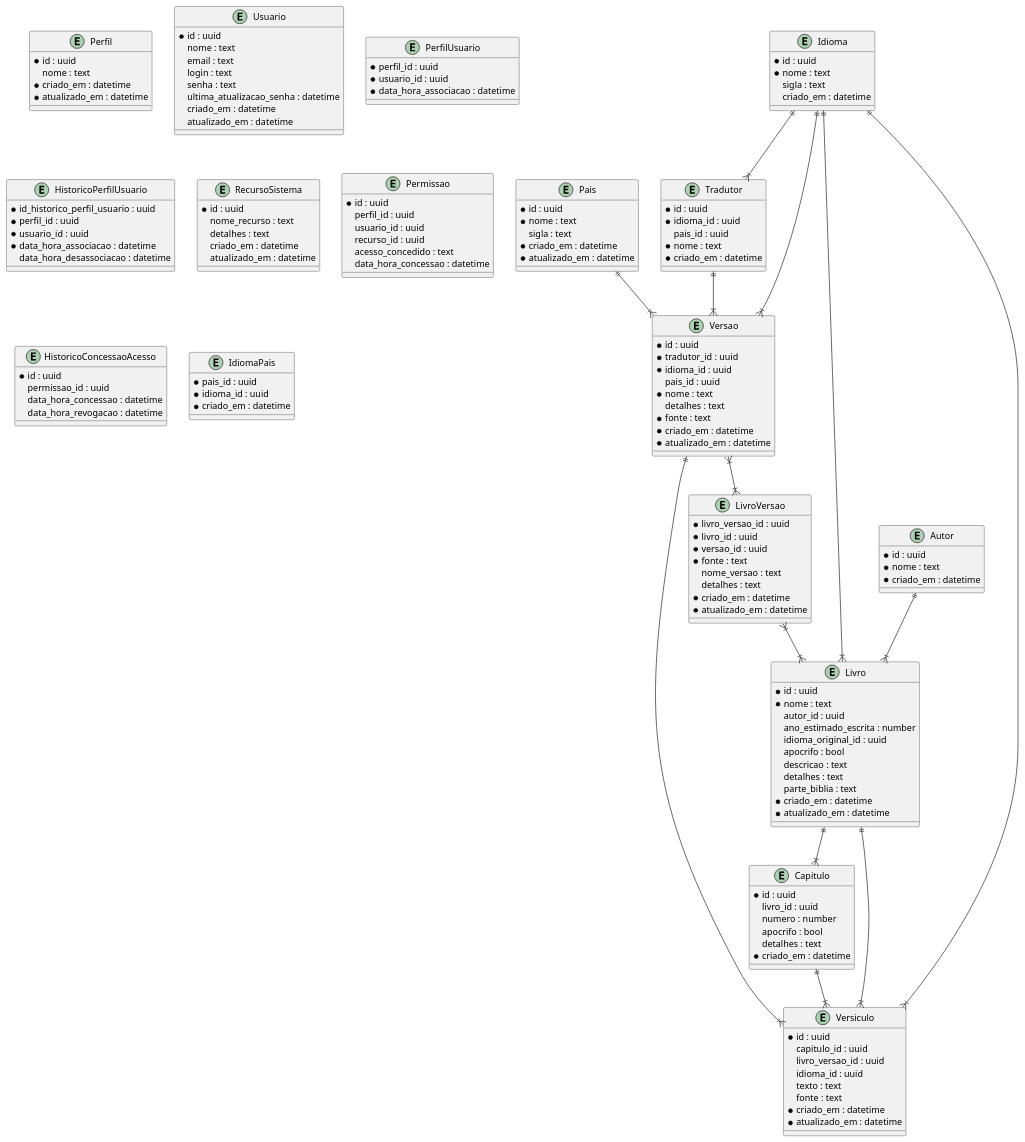
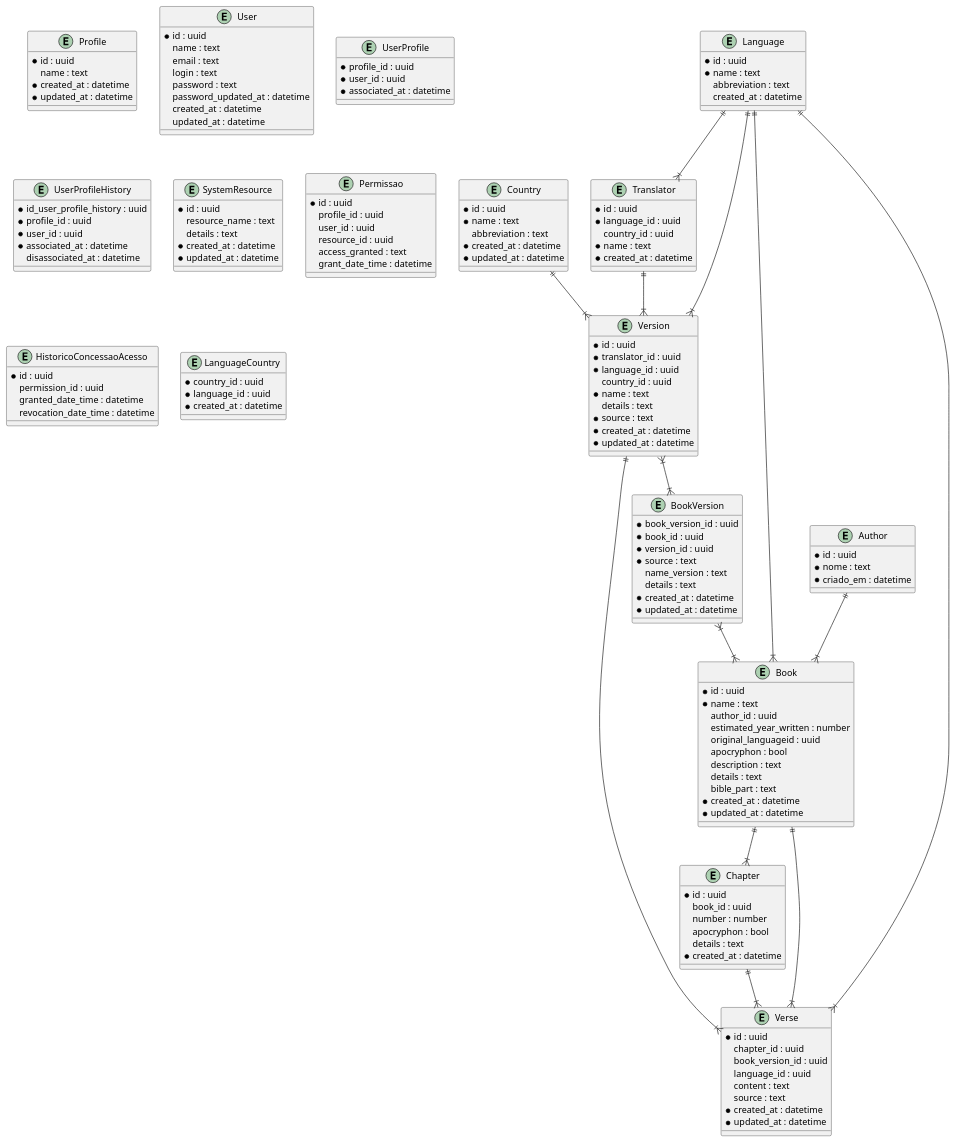
Before and after one commit to aberriel/holy_bible_bi_py: the diagram in docs/db_model.puml, drawn with PlantUML. The commit also changed 33 other files, not shown here.

```diff
--- a/docs/db_model.puml
+++ b/docs/db_model.puml
@@ -1,157 +1,157 @@
 @startuml
-entity Perfil {
+entity Profile {
 	*id : uuid
-	nome : text
-	*criado_em : datetime
-	*atualizado_em : datetime
+	name : text
+	*created_at : datetime
+	*updated_at : datetime
 }
-entity Usuario {
+entity User {
 	*id : uuid
-	nome : text
+	name : text
 	email : text
 	login : text
-	senha : text
-	ultima_atualizacao_senha : datetime
-	criado_em : datetime
-	atualizado_em : datetime
+	password : text
+	password_updated_at : datetime
+	created_at : datetime
+	updated_at : datetime
 }
-entity PerfilUsuario {
-	*perfil_id : uuid
-	*usuario_id : uuid
-	*data_hora_associacao : datetime
+entity UserProfile {
+	*profile_id : uuid
+	*user_id : uuid
+	*associated_at : datetime
 }
-entity HistoricoPerfilUsuario {
-	*id_historico_perfil_usuario : uuid
-	*perfil_id : uuid
-	*usuario_id : uuid
-	*data_hora_associacao : datetime
-	data_hora_desassociacao : datetime
+entity UserProfileHistory {
+	*id_user_profile_history : uuid
+	*profile_id : uuid
+	*user_id : uuid
+	*associated_at : datetime
+	disassociated_at : datetime
 }
-entity RecursoSistema {
+entity SystemResource {
 	*id : uuid
-	nome_recurso : text
-	detalhes : text
-	criado_em : datetime
-	atualizado_em : datetime
+	resource_name : text
+	details : text
+	*created_at : datetime
+	*updated_at : datetime
 }
 entity Permissao {
 	*id : uuid
-	perfil_id : uuid
-	usuario_id : uuid
-	recurso_id : uuid
-	acesso_concedido : text
-	data_hora_concessao : datetime
+	profile_id : uuid
+	user_id : uuid
+	resource_id : uuid
+	access_granted : text
+	grant_date_time : datetime
 }
 entity HistoricoConcessaoAcesso {
 	*id : uuid
-	permissao_id : uuid
-	data_hora_concessao : datetime
-	data_hora_revogacao : datetime
+	permission_id : uuid
+	granted_date_time : datetime
+	revocation_date_time : datetime
 }
-entity Pais {
+entity Country {
 	*id : uuid
-	*nome : text
-	sigla : text
-	*criado_em : datetime
-	*atualizado_em : datetime
+	*name : text
+	abbreviation : text
+	*created_at : datetime
+	*updated_at : datetime
 }
-entity Idioma {
+entity Language {
 	*id : uuid
-	*nome : text
-	sigla : text
-	criado_em : datetime
+	*name : text
+	abbreviation : text
+	created_at : datetime
 }
-entity IdiomaPais {
-	*pais_id : uuid
-	*idioma_id : uuid
-	*criado_em : datetime
+entity LanguageCountry {
+	*country_id : uuid
+	*language_id : uuid
+	*created_at : datetime
 }
 
-entity Tradutor {
+entity Translator {
 	*id : uuid
-	*idioma_id : uuid
-	pais_id : uuid
-	*nome : text
-	*criado_em : datetime
+	*language_id : uuid
+	country_id : uuid
+	*name : text
+	*created_at : datetime
 }
 
-Idioma ||--|{ Tradutor
+Language ||--|{ Translator
 
-entity Autor {
+entity Author {
 	*id : uuid
 	*nome : text
 	*criado_em : datetime
 }
 
-entity Versao {
+entity Version {
 	*id : uuid
-	*tradutor_id : uuid
-	*idioma_id : uuid
-	pais_id : uuid
-	*nome : text
-	detalhes : text
-	*fonte : text
-	*criado_em : datetime
-	*atualizado_em : datetime
+	*translator_id : uuid
+	*language_id : uuid
+	country_id : uuid
+	*name : text
+	details : text
+	*source : text
+	*created_at : datetime
+	*updated_at : datetime
 }
 
-Idioma ||--|{ Versao
-Tradutor ||--|{ Versao
-Pais ||--|{ Versao
+Language ||--|{ Version
+Translator ||--|{ Version
+Country ||--|{ Version
 
-entity LivroVersao {
-	*livro_versao_id : uuid
-	*livro_id : uuid
-	*versao_id : uuid
-	*fonte : text
-	nome_versao : text
-	detalhes : text
-	*criado_em : datetime
-	*atualizado_em : datetime
+entity BookVersion {
+	*book_version_id : uuid
+	*book_id : uuid
+	*version_id : uuid
+	*source : text
+	name_version : text
+	details : text
+	*created_at : datetime
+	*updated_at : datetime
 }
-entity Livro {
+entity Book {
 	*id : uuid
-	*nome : text
-	autor_id : uuid
-	ano_estimado_escrita : number
-	idioma_original_id : uuid
-	apocrifo : bool
-	descricao : text
-	detalhes : text
-	parte_biblia : text
-	*criado_em : datetime
-	*atualizado_em : datetime
+	*name : text
+	author_id : uuid
+	estimated_year_written : number
+	original_languageid : uuid
+	apocryphon : bool
+	description : text
+	details : text
+	bible_part : text
+	*created_at : datetime
+	*updated_at : datetime
 }
 
-Autor ||--|{ Livro
-Idioma ||--|{ Livro
-LivroVersao }|--|{ Livro
-Versao }|--|{ LivroVersao
+Author ||--|{ Book
+Language ||--|{ Book
+BookVersion }|--|{ Book
+Version }|--|{ BookVersion
 
-entity Capitulo {
+entity Chapter {
 	*id : uuid
-	livro_id : uuid
-	numero : number
-	apocrifo : bool
-	detalhes : text
-	*criado_em : datetime
+	book_id : uuid
+	number : number
+	apocryphon : bool
+	details : text
+	*created_at : datetime
 }
 
-Livro ||--|{ Capitulo
+Book ||--|{ Chapter
 
-entity Versiculo {
+entity Verse {
 	*id : uuid
-	capitulo_id : uuid
-	livro_versao_id : uuid
-	idioma_id : uuid
-	texto : text
-	fonte : text
-	*criado_em : datetime
-	*atualizado_em : datetime
+	chapter_id : uuid
+	book_version_id : uuid
+	language_id : uuid
+	content : text
+	source : text
+	*created_at : datetime
+	*updated_at : datetime
 }
 
-Capitulo ||--|{ Versiculo
-Livro ||--|{ Versiculo
-Versao ||--|{ Versiculo
-Idioma ||--|{ Versiculo
+Chapter ||--|{ Verse
+Book ||--|{ Verse
+Version ||--|{ Verse
+Language ||--|{ Verse
 @enduml
```
